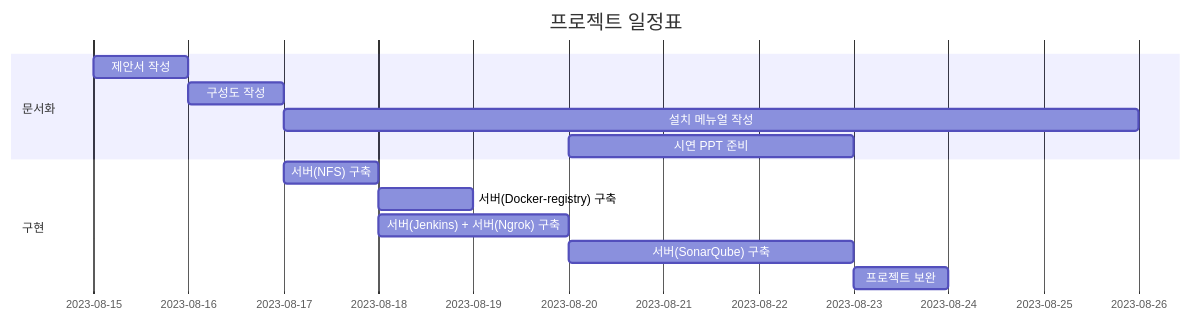
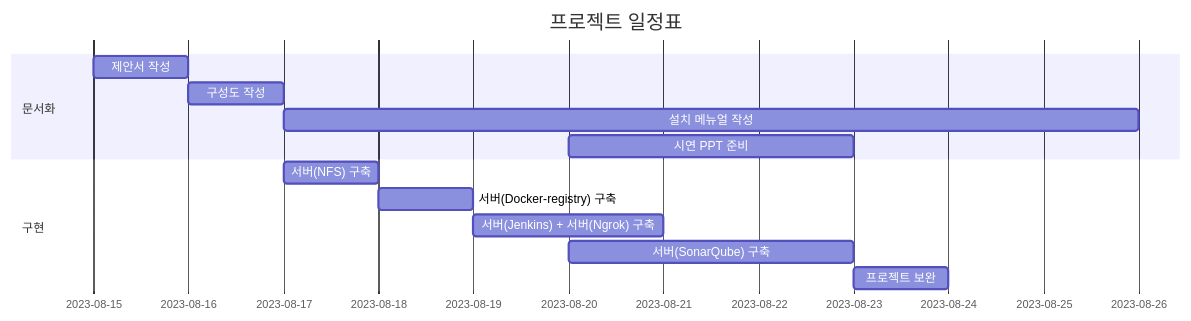
One commit to KimJeongHoon190/First_Project changed the diagram in README.md. Above: the diagram before and after it, drawn with Mermaid.

````diff
--- a/README.md
+++ b/README.md
@@ -3,18 +3,18 @@
 ```mermaid
 gantt
     title 프로젝트 일정표
     dateFormat  YYYY-MM-DD
     section 문서화
     제안서 작성 : a1, 2023-08-15, 1d
     구성도 작성 : after a1, 1d
     설치 메뉴얼 작성 : after a1, 2023-08-17, 9d
     시연 PPT 준비 : after a1, 2023-08-20, 3d
    
 
     section 구현
     서버(NFS) 구축 : b1, 2023-08-17, 1d
-    서버(Docker-registry) 구축 : after b1, 1d
-    서버(Jenkins) + 서버(Ngrok) 구축 : after b1, 2d
+    서버(Docker-registry) 구축 : b2, 2023-08-18, 1d
+    서버(Jenkins) + 서버(Ngrok) 구축 : after b2, 2d
     서버(SonarQube) 구축 : b3, 2023-08-20, 3d
     프로젝트 보완 : after b3, 1d
 ```
````
